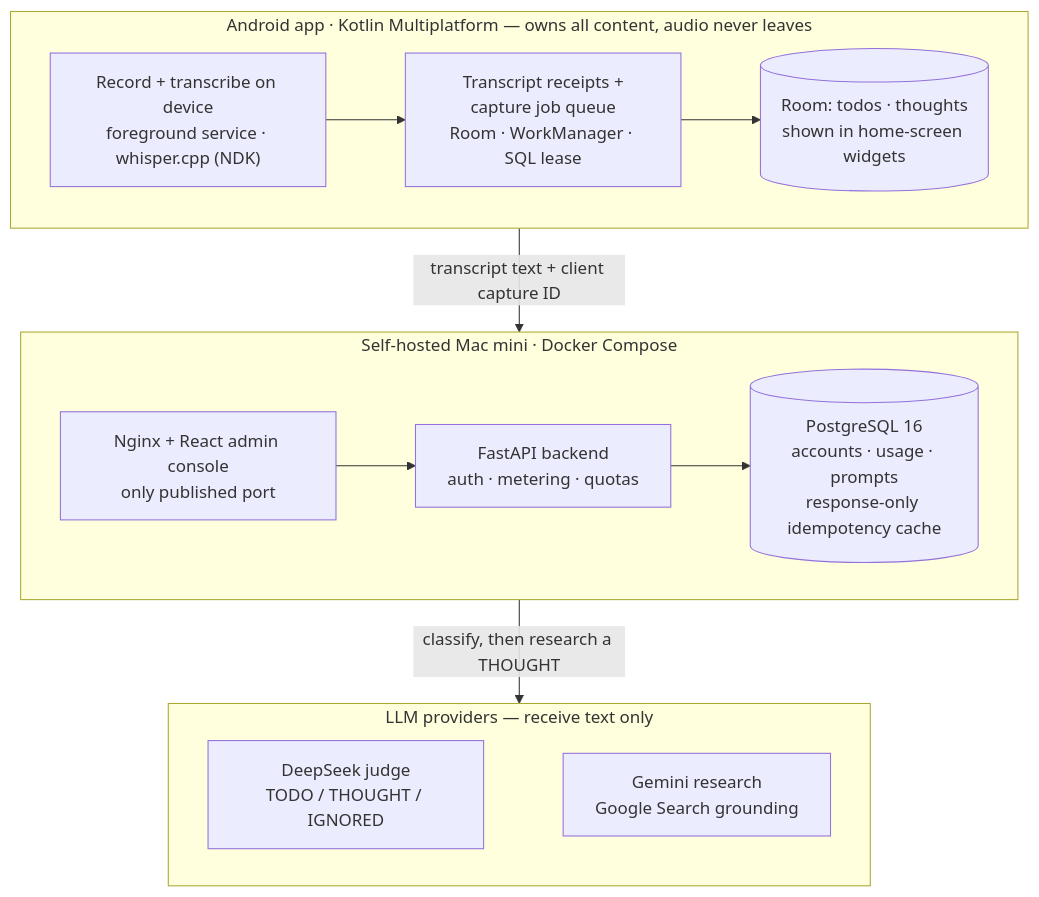
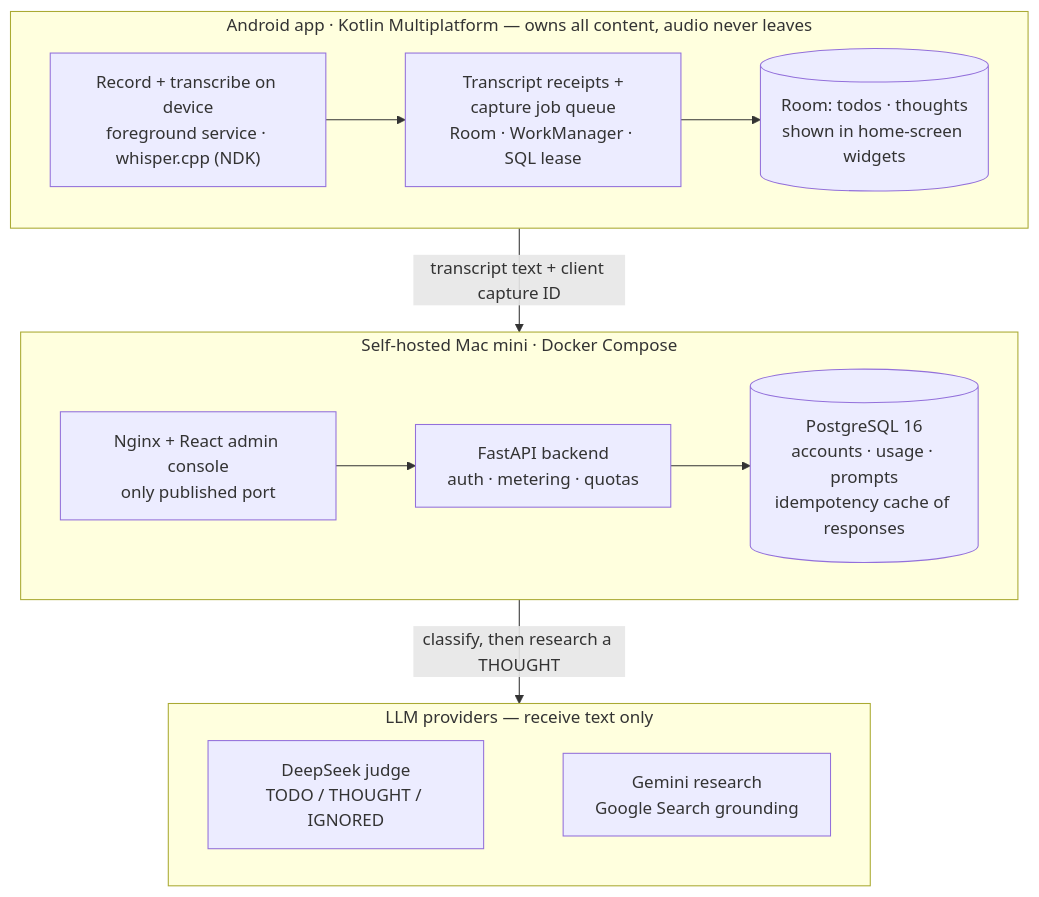
Before and after one commit to YigeWang1221/personal_portfolio: the diagram in content/projects/kk-knock/assets/architecture.mmd, drawn with Mermaid. The commit also changed 87 other files, not shown here.

```diff
--- a/content/projects/kk-knock/assets/architecture.mmd
+++ b/content/projects/kk-knock/assets/architecture.mmd
@@ -1,17 +1,17 @@
 %% CURRENT — KK Knock as documented in September 2026: the Android app and the self-hosted backend.
 %% A Cloudflare Tunnel in front of the host is configured but its public acceptance is pending, so it is not drawn.
 flowchart TB
   subgraph Phone["Android app · Kotlin Multiplatform — owns all content, audio never leaves"]
     direction LR
     REC["Record + transcribe on device<br/>foreground service · whisper.cpp (NDK)"] --> QUEUE["Transcript receipts +<br/>capture job queue<br/>Room · WorkManager · SQL lease"] --> STORE[("Room: todos · thoughts<br/>shown in home-screen widgets")]
   end
   subgraph Host["Self-hosted Mac mini · Docker Compose"]
     direction LR
-    EDGE["Nginx + React admin console<br/>only published port"] --> API["FastAPI backend<br/>auth · metering · quotas"] --> PG[("PostgreSQL 16<br/>accounts · usage · prompts<br/>response-only idempotency cache")]
+    EDGE["Nginx + React admin console<br/>only published port"] --> API["FastAPI backend<br/>auth · metering · quotas"] --> PG[("PostgreSQL 16<br/>accounts · usage · prompts<br/>idempotency cache of responses")]
   end
   subgraph LLM["LLM providers — receive text only"]
     direction LR
     JUDGE["DeepSeek judge<br/>TODO / THOUGHT / IGNORED"] ~~~ GEM["Gemini research<br/>Google Search grounding"]
   end
   Phone -- "transcript text + client capture ID" --> Host
   Host -- "classify, then research a THOUGHT" --> LLM
```
